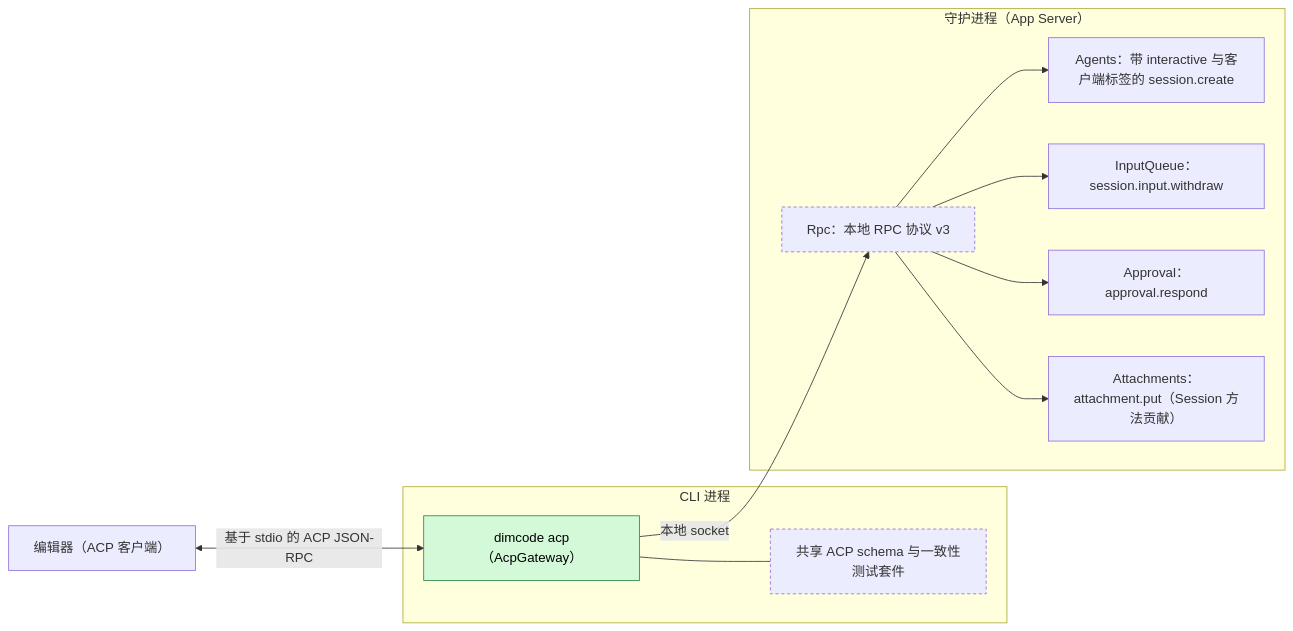
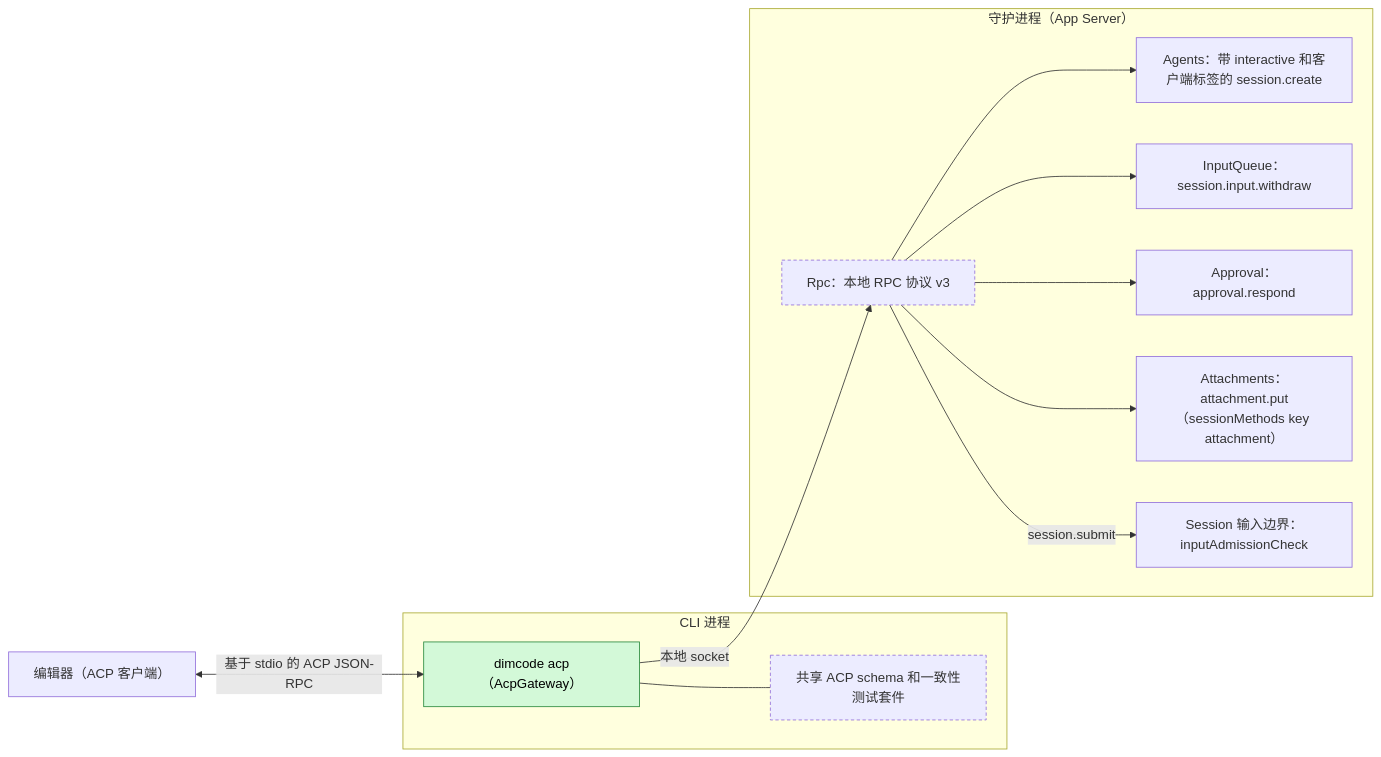
The first of 5 diagrams in docs/zh/design/plugins/AcpGateway.md (CoutinhoTTS/dim-agent), drawn with Mermaid before and after one commit. The commit also changed other lines of this file and 18 other files, not shown here.

Commit message:
docs(zh): update Chinese translations for scope, input admission and neutral contracts

````diff
--- a/docs/zh/design/plugins/AcpGateway.md
+++ b/docs/zh/design/plugins/AcpGateway.md
@@ -9,24 +9,26 @@
 ```mermaid
 flowchart LR
   classDef new fill:#d3f9d8,stroke:#2b8a3e,color:#000
   classDef contract stroke-dasharray:4 3
   Editor["编辑器（ACP 客户端）"]
   subgraph cli["CLI 进程"]
     GW["dimcode acp（AcpGateway）"]:::new
-    Schema["共享 ACP schema 与一致性测试套件"]:::contract
+    Schema["共享 ACP schema 和一致性测试套件"]:::contract
   end
   subgraph daemon["守护进程（App Server）"]
     Rpc["Rpc：本地 RPC 协议 v3"]:::contract
-    Agents["Agents：带 interactive 与客户端标签的 session.create"]
+    Agents["Agents：带 interactive 和客户端标签的 session.create"]
     IQ["InputQueue：session.input.withdraw"]
     Appr["Approval：approval.respond"]
-    Att["Attachments：attachment.put（Session 方法贡献）"]
+    Att["Attachments：attachment.put（sessionMethods key attachment）"]
+    IA["Session 输入边界：inputAdmissionCheck"]
   end
   Editor <-->|"基于 stdio 的 ACP JSON-RPC"| GW
   GW --- Schema
   GW -->|"本地 socket"| Rpc
   Rpc --> Agents
   Rpc --> IQ
   Rpc --> Appr
   Rpc --> Att
+  Rpc -->|"session.submit"| IA
 ```
````
